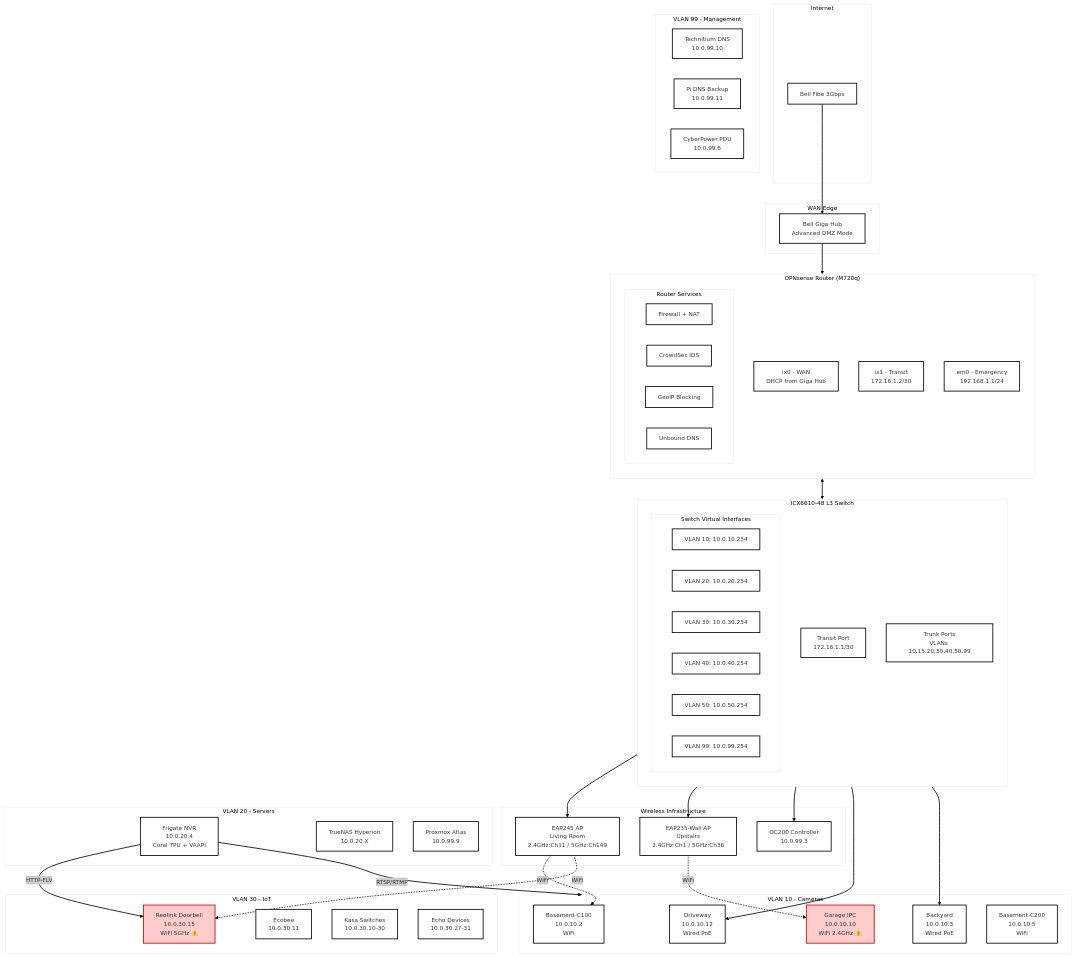
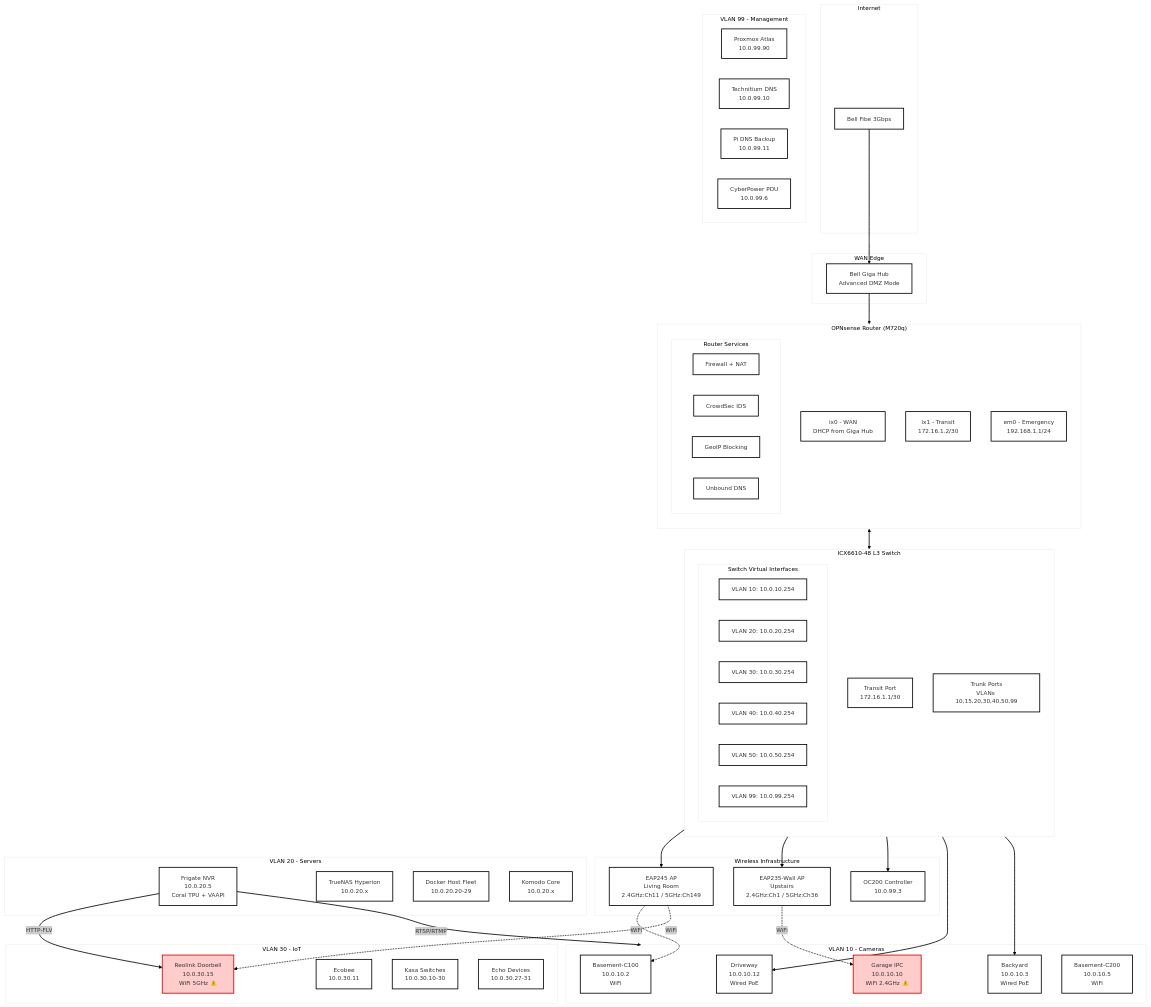
One commit to DushanthaS/packer-proxmox-template changed the first of 2 diagrams in homelab_reference_architecture-V2.5.md. Above: the diagram before and after it, drawn with Mermaid. The commit also changed other lines of this file, not shown here.

```diff
--- a/homelab_reference_architecture-V2.5.md
+++ b/homelab_reference_architecture-V2.5.md
@@ -567,9 +566,10 @@
     end
 
     subgraph VLAN20["VLAN 20 - Servers"]
-        Frigate[Frigate NVR<br/>10.0.20.4<br/>Coral TPU + VAAPI]
-        TrueNAS[TrueNAS Hyperion<br/>10.0.20.X]
-        Proxmox[Proxmox Atlas<br/>10.0.99.9]
+        Frigate[Frigate NVR<br/>10.0.20.5<br/>Coral TPU + VAAPI]
+        TrueNAS[TrueNAS Hyperion<br/>10.0.20.x]
+        DockerFleet[Docker Host Fleet<br/>10.0.20.20-29]
+        KomodoCore[Komodo Core<br/>10.0.20.x]
     end
 
     subgraph VLAN30["VLAN 30 - IoT"]
@@ -580,6 +580,7 @@
     end
 
     subgraph VLAN99["VLAN 99 - Management"]
+        Atlas[Proxmox Atlas<br/>10.0.99.90]
         DNS1[Technitium DNS<br/>10.0.99.10]
         DNS2[Pi DNS Backup<br/>10.0.99.11]
         PDU[CyberPower PDU<br/>10.0.99.6]
```
